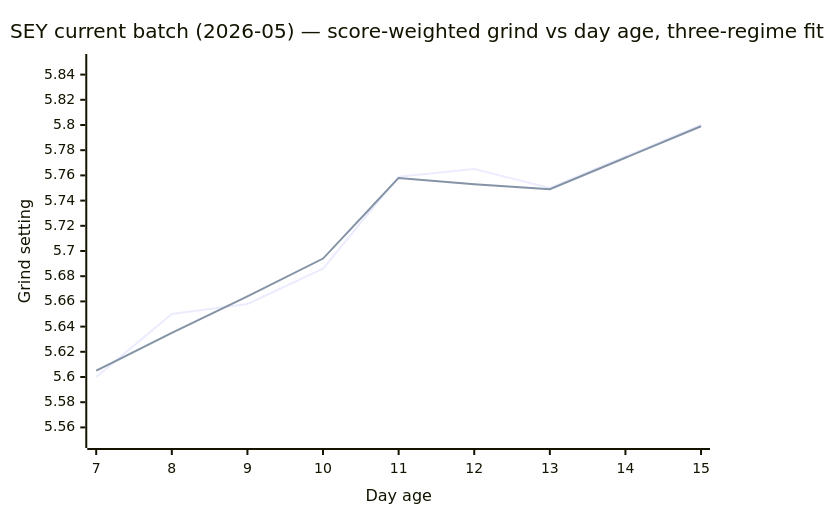
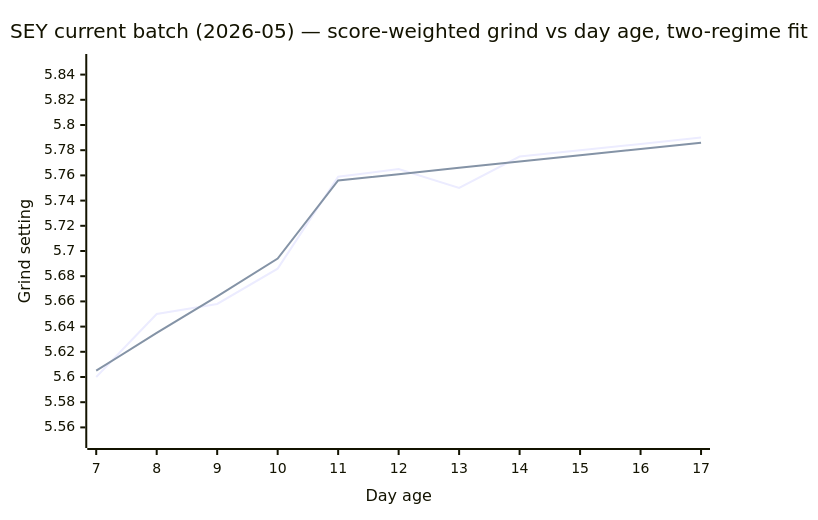
Before and after one commit to manuscriptmastr/coffee-journal: the second of 9 diagrams in joshua-martin/profile.md, drawn with Mermaid. The commit also changed other lines of this file and 1 other file, not shown here.

First line of the commit message:
SEY current batch: Guchienda D14 5.775 S5 confirms post-CO₂ plateau; simplify three-regime → two-regime model

````diff
--- a/joshua-martin/profile.md
+++ b/joshua-martin/profile.md
@@ -270,8 +271,8 @@
 ```mermaid
 xychart-beta
-    title "SEY current batch (2026-05) — score-weighted grind vs day age, three-regime fit"
-    x-axis "Day age" 7 --> 15
+    title "SEY current batch (2026-05) — score-weighted grind vs day age, two-regime fit"
+    x-axis "Day age" 7 --> 17
     y-axis "Grind setting" 5.55 --> 5.85
-    line [5.600, 5.650, 5.658, 5.686, 5.759, 5.765, 5.750, 5.775, 5.800]
-    line [5.605, 5.635, 5.664, 5.694, 5.758, 5.753, 5.749, 5.774, 5.799]
+    line [5.600, 5.650, 5.658, 5.686, 5.759, 5.765, 5.750, 5.775, 5.780, 5.785, 5.790]
+    line [5.605, 5.635, 5.664, 5.694, 5.756, 5.761, 5.766, 5.771, 5.776, 5.781, 5.786]
 ```
````
